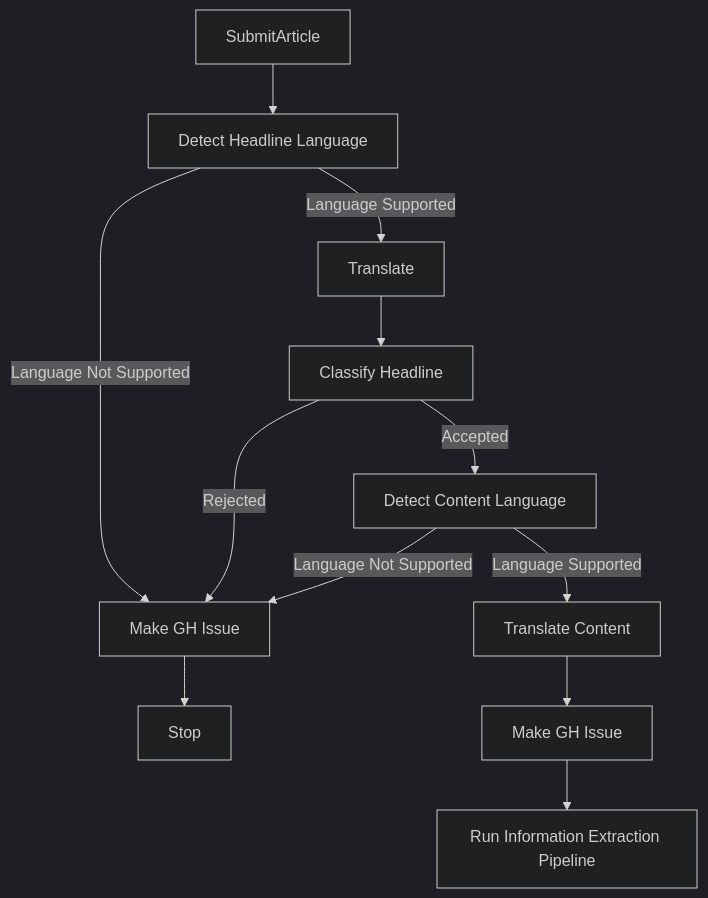
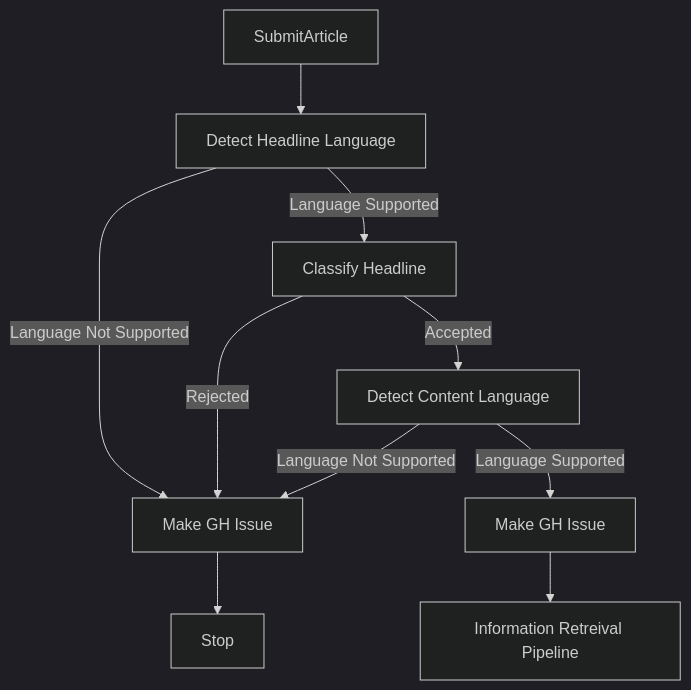
Before and after one commit to armsp/AIFU: the third of 4 diagrams in README.md, drawn with Mermaid (dark theme).

````diff
--- a/README.md
+++ b/README.md
@@ -157,10 +157,10 @@
 ```mermaid
 flowchart TB
-    SubmitArticle --> A[Detect Headline Language] --> |Language Supported| B[Translate]
+    SubmitArticle --> A[Detect Headline Language] --> |Language Supported| D
     A --> |Language Not Supported| C[Make GH Issue] --> Stop
-    B --> D[Classify Headline] --> |Accepted|E[Detect Content Language]
+    D[Classify Headline] --> |Accepted|E[Detect Content Language]
     D --> |Rejected|C 
     E --> |Language Not Supported| C
-    E --> |Language Supported| H[Translate Content]
-    H --> F[Make GH Issue] --> J[Run Information Extraction Pipeline] 
+    E --> |Language Supported| F
+    F[Make GH Issue] --> J[Information Retreival Pipeline] 
 ```
````
